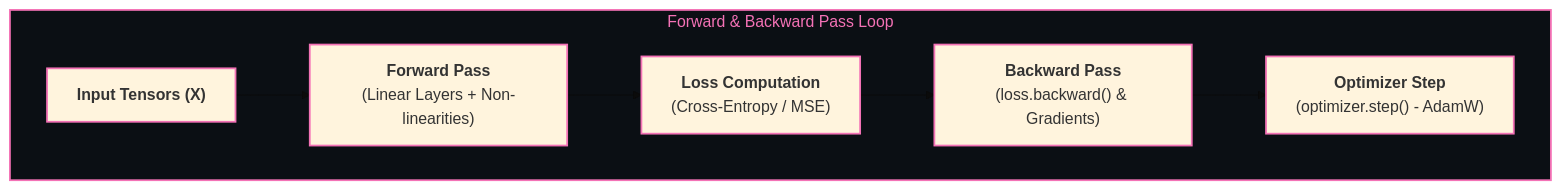
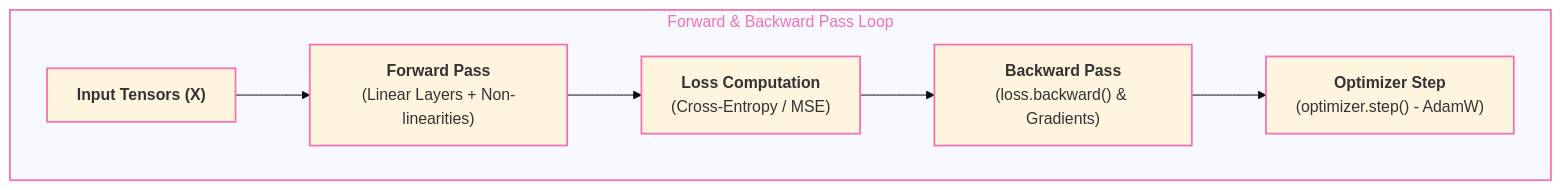
Before and after one commit to abhinavbharti2345/CS_Notes: the diagram in BrainOS/07 - AI & Machine Learning/Deep Learning & PyTorch.md, drawn with Mermaid (base theme). The commit also changed 26 other files, not shown here.

Commit message:
feat: initialize BrainOS knowledge base with foundational curriculum and roadmap notes

````diff
--- a/BrainOS/07 - AI & Machine Learning/Deep Learning & PyTorch.md
+++ b/BrainOS/07 - AI & Machine Learning/Deep Learning & PyTorch.md
@@ -28,15 +28,15 @@
 ```mermaid
 flowchart LR
     subgraph NN_FLOW ["Forward & Backward Pass Loop"]
         direction LR
         IN["<b>Input Tensors (X)</b>"] --> FWD["<b>Forward Pass</b><br/>(Linear Layers + Non-linearities)"]
         FWD --> LOSS["<b>Loss Computation</b><br/>(Cross-Entropy / MSE)"]
         LOSS --> BWD["<b>Backward Pass</b><br/>(loss.backward() & Gradients)"]
         BWD --> STEP["<b>Optimizer Step</b><br/>(optimizer.step() - AdamW)"]
     end
 
-    style NN_FLOW fill:#0B0F14,stroke:#F472B6,stroke-width:1.8px,color:#F472B6
+    style NN_FLOW stroke:#F472B6,stroke-width:1.8px,color:#F472B6
 
     classDef dlNode stroke:#F472B6,stroke-width:1.8px;
     class IN,FWD,LOSS,BWD,STEP dlNode;
 ```
````
